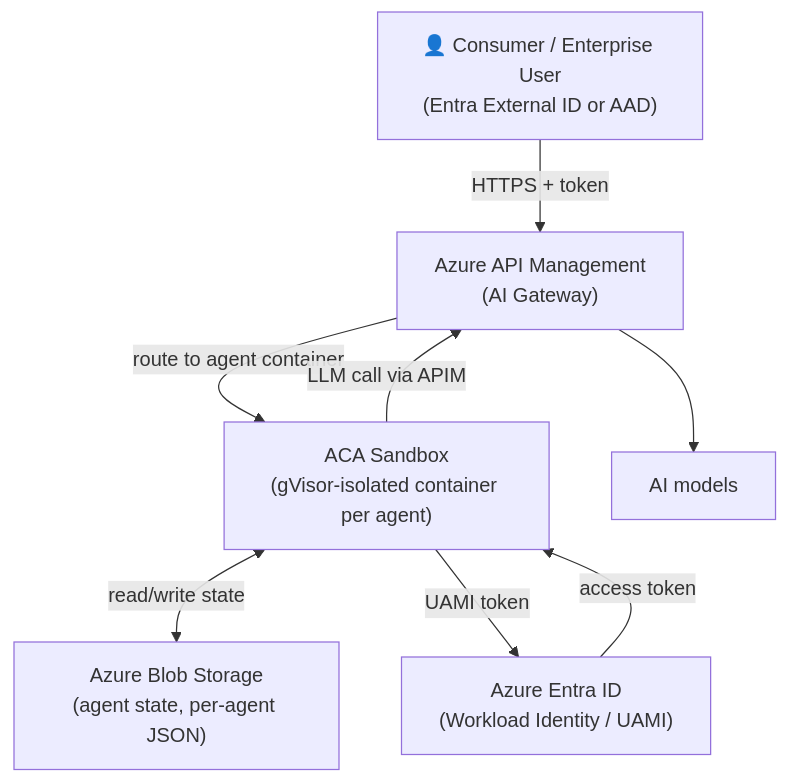
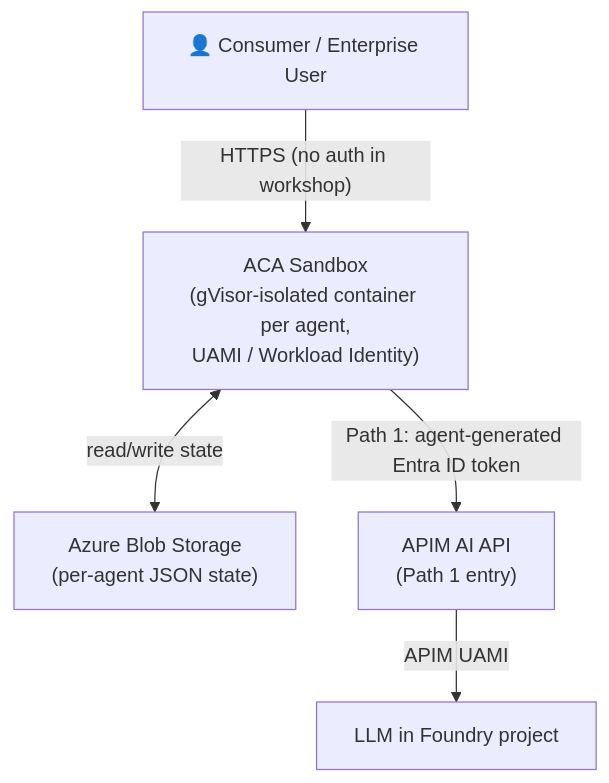
Before and after one commit to oxcp/ainotes: the third of 3 diagrams in agenthost/agenthost.md, drawn with Mermaid. The commit also changed other lines of this file, not shown here.

Commit message:
docs: Clarify user-agent authentication scope and detail access paths in workshop documentation

````diff
--- a/agenthost/agenthost.md
+++ b/agenthost/agenthost.md
@@ -241,17 +281,13 @@
 ```mermaid
 flowchart TD
-    user["👤 Consumer / Enterprise User\n(Entra External ID or AAD)"]
-    apim["Azure API Management\n(AI Gateway)"]
-    aca["ACA Sandbox\n(gVisor-isolated container per agent)"]
-    blob["Azure Blob Storage\n(agent state, per-agent JSON)"]
-    aoai["AI models"]
-    entra["Azure Entra ID\n(Workload Identity / UAMI)"]
+    user["👤 Consumer / Enterprise User"]
+    aca["ACA Sandbox\n(gVisor-isolated container per agent,\nUAMI / Workload Identity)"]
+    blob["Azure Blob Storage\n(per-agent JSON state)"]
+    apimApi["APIM AI API\n(Path 1 entry)"]
+    llm["LLM in Foundry project"]
 
-    user -->|"HTTPS + token"| apim
-    apim -->|"route to agent container"| aca
+    user -->|"HTTPS (no auth in workshop)"| aca
     aca <-->|"read/write state"| blob
-    aca -->|"UAMI token"| entra
-    entra -->|"access token"| aca
-    aca -->|"LLM call via APIM"| apim
-    apim --> aoai
+    aca -->|"Path 1: agent-generated Entra ID token"| apimApi
+    apimApi -->|"APIM UAMI"| llm
 ```
````
